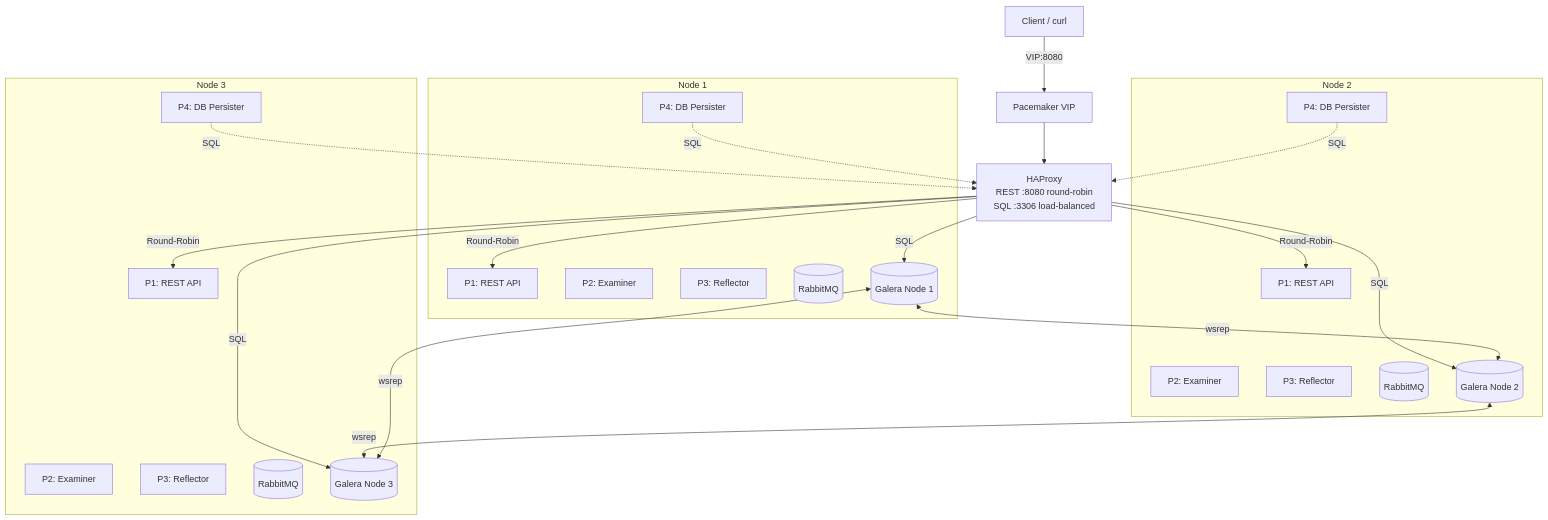
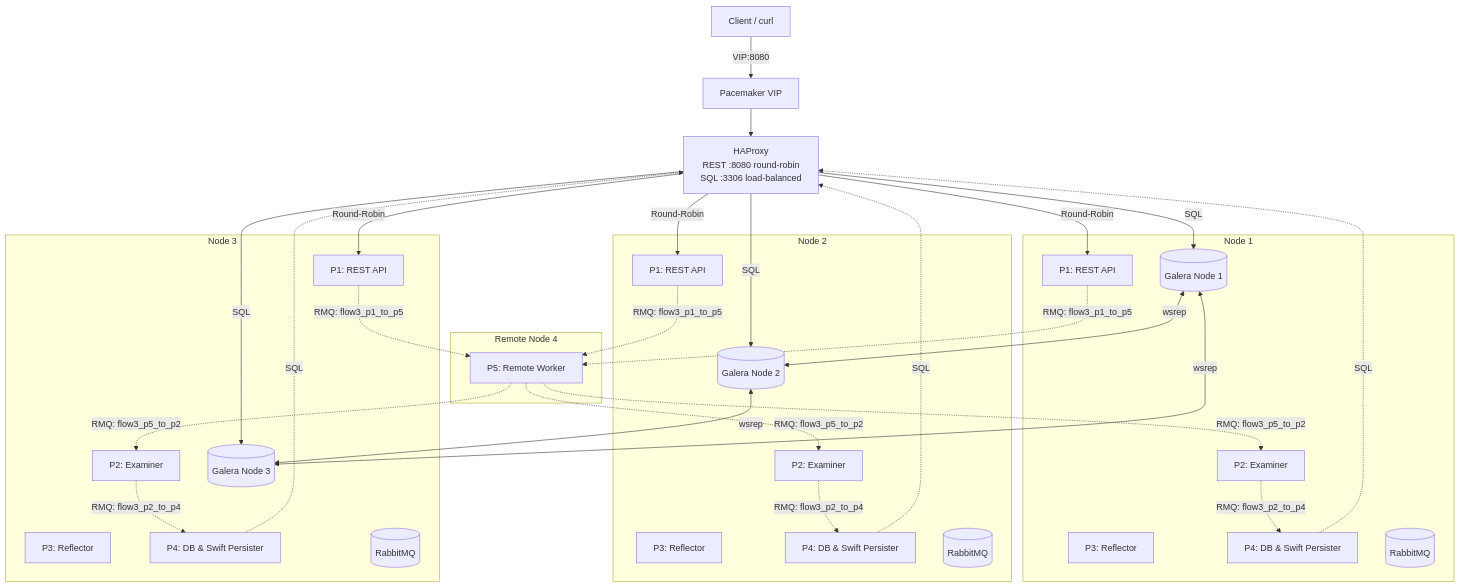
The first of 3 diagrams in ReadMe.md (gitsridhar/FlowFirst), drawn with Mermaid before and after one commit. The commit also changed other lines of this file and 17 other files, not shown here.

Commit message:
Added swift and a remote node and process 5 into the solution.

````diff
--- a/ReadMe.md
+++ b/ReadMe.md
@@ -21,48 +23,64 @@
 ```mermaid
 graph TD
     Client["Client / curl"] -->|"VIP:8080"| VIP["Pacemaker VIP"]
     VIP --> HAProxy["HAProxy\nREST :8080 round-robin\nSQL :3306 load-balanced"]
 
     subgraph Node1[Node 1]
         P1a["P1: REST API"]
         P2a["P2: Examiner"]
         P3a["P3: Reflector"]
-        P4a["P4: DB Persister"]
+        P4a["P4: DB & Swift Persister"]
         RMQ1[("RabbitMQ")]
         GAL1[("Galera Node 1")]
     end
 
     subgraph Node2[Node 2]
         P1b["P1: REST API"]
         P2b["P2: Examiner"]
         P3b["P3: Reflector"]
-        P4b["P4: DB Persister"]
+        P4b["P4: DB & Swift Persister"]
         RMQ2[("RabbitMQ")]
         GAL2[("Galera Node 2")]
     end
 
     subgraph Node3[Node 3]
         P1c["P1: REST API"]
         P2c["P2: Examiner"]
         P3c["P3: Reflector"]
-        P4c["P4: DB Persister"]
+        P4c["P4: DB & Swift Persister"]
         RMQ3[("RabbitMQ")]
         GAL3[("Galera Node 3")]
+    end
+
+    subgraph Node4[Remote Node 4]
+        P5["P5: Remote Worker"]
     end
 
     HAProxy -->|"Round-Robin"| P1a
     HAProxy -->|"Round-Robin"| P1b
     HAProxy -->|"Round-Robin"| P1c
+
+    P1a -.->|"RMQ: flow3_p1_to_p5"| P5
+    P1b -.->|"RMQ: flow3_p1_to_p5"| P5
+    P1c -.->|"RMQ: flow3_p1_to_p5"| P5
+
+    P5 -.->|"RMQ: flow3_p5_to_p2"| P2a
+    P5 -.->|"RMQ: flow3_p5_to_p2"| P2b
+    P5 -.->|"RMQ: flow3_p5_to_p2"| P2c
+
+    P2a -.->|"RMQ: flow3_p2_to_p4"| P4a
+    P2b -.->|"RMQ: flow3_p2_to_p4"| P4b
+    P2c -.->|"RMQ: flow3_p2_to_p4"| P4c
 
     P4a -.->|"SQL"| HAProxy
     P4b -.->|"SQL"| HAProxy
     P4c -.->|"SQL"| HAProxy
 
     HAProxy -->|"SQL"| GAL1
     HAProxy -->|"SQL"| GAL2
     HAProxy -->|"SQL"| GAL3
 
     GAL1 <-->|"wsrep"| GAL2
     GAL2 <-->|"wsrep"| GAL3
     GAL1 <-->|"wsrep"| GAL3
 ```
````
